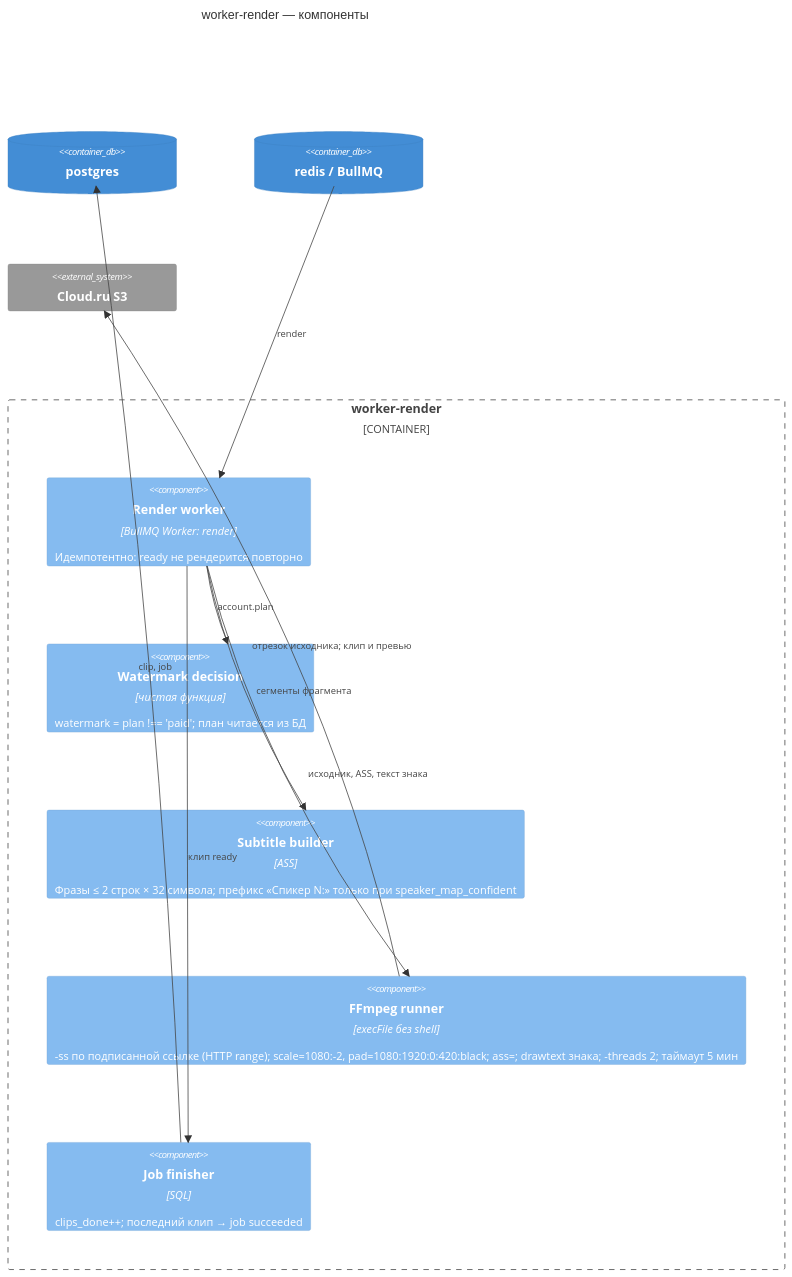
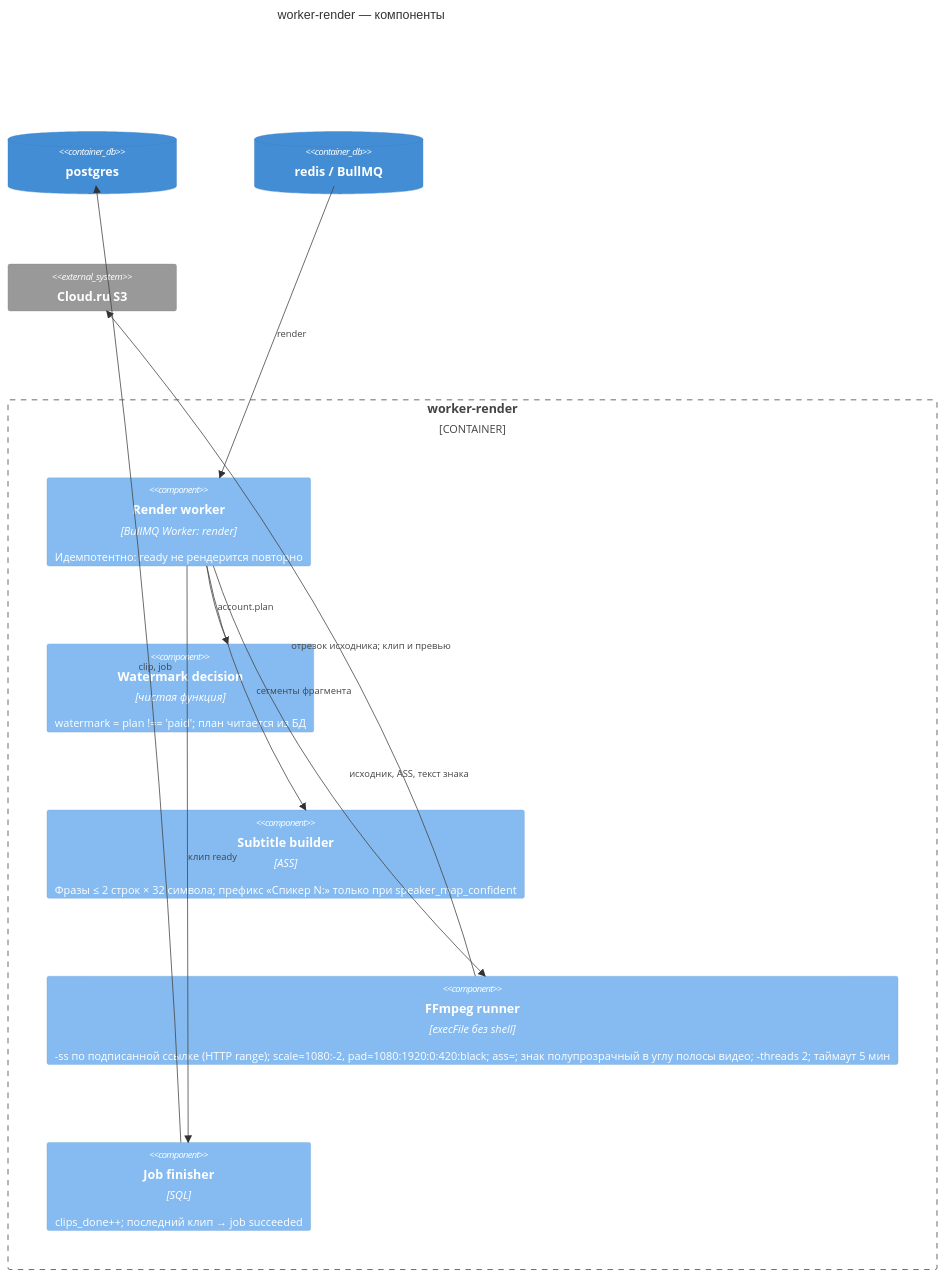
Before and after one commit to djd1m/2026-AUG-PU-Projects: the fourth of 4 diagrams in projects/05a-podcast-clips-opus/docs/C4_Diagrams.md, drawn with Mermaid. The commit also changed other lines of this file and 17 other files, not shown here.

````diff
--- a/projects/05a-podcast-clips-opus/docs/C4_Diagrams.md
+++ b/projects/05a-podcast-clips-opus/docs/C4_Diagrams.md
@@ -120,21 +120,21 @@
 ```mermaid
 C4Component
   title worker-render — компоненты
   ContainerDb(postgres, "postgres")
   ContainerDb(redis, "redis / BullMQ")
   System_Ext(s3, "Cloud.ru S3")
   Container_Boundary(rw, "worker-render") {
     Component(renderw, "Render worker", "BullMQ Worker: render", "Идемпотентно: ready не рендерится повторно")
     Component(plan, "Watermark decision", "чистая функция", "watermark = plan !== 'paid'; план читается из БД")
     Component(ass, "Subtitle builder", "ASS", "Фразы ≤ 2 строк × 32 символа; префикс «Спикер N:» только при speaker_map_confident")
-    Component(ffmpeg, "FFmpeg runner", "execFile без shell", "-ss по подписанной ссылке (HTTP range); scale=1080:-2, pad=1080:1920:0:420:black; ass=; drawtext знака; -threads 2; таймаут 5 мин")
+    Component(ffmpeg, "FFmpeg runner", "execFile без shell", "-ss по подписанной ссылке (HTTP range); scale=1080:-2, pad=1080:1920:0:420:black; ass=; знак полупрозрачный в углу полосы видео; -threads 2; таймаут 5 мин")
     Component(finisher, "Job finisher", "SQL", "clips_done++; последний клип → job succeeded")
   }
   Rel(redis, renderw, "render")
   Rel(renderw, plan, "account.plan")
   Rel(renderw, ass, "сегменты фрагмента")
   Rel(renderw, ffmpeg, "исходник, ASS, текст знака")
   Rel(ffmpeg, s3, "отрезок исходника; клип и превью")
   Rel(renderw, finisher, "клип ready")
   Rel(finisher, postgres, "clip, job")
 ```
````
